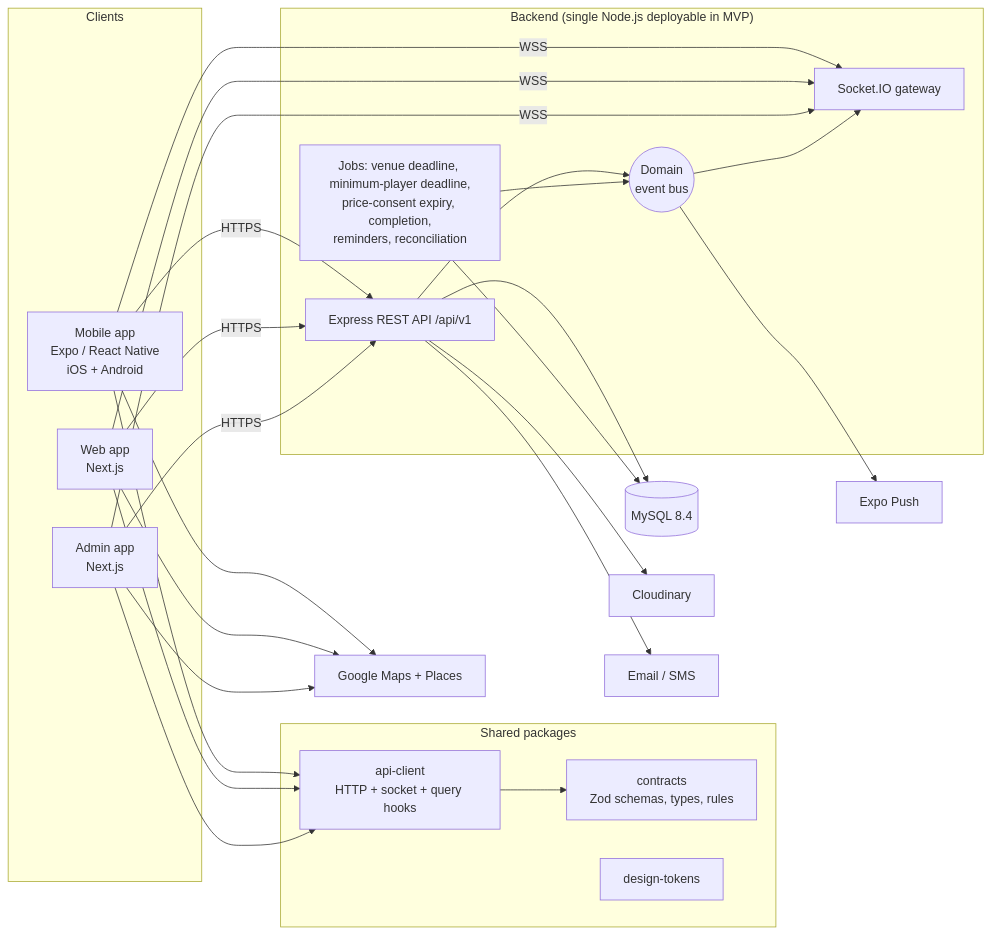
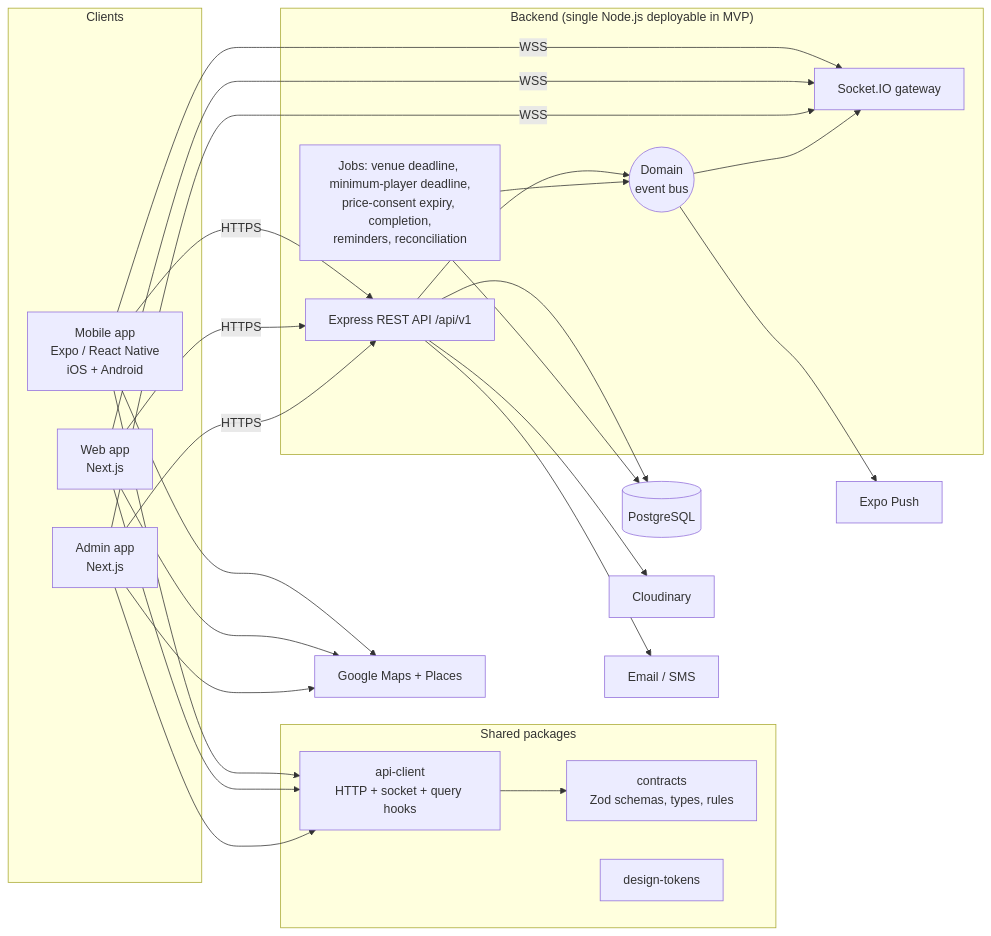
The diagram in docs/architecture/architecture-and-tech-stack.md (anirudh-tech/Play_Around), drawn with Mermaid before and after one commit. The commit also changed other lines of this file and 25 other files, not shown here.

Commit message:
Refactor database integration from MySQL to PostgreSQL. Update dependencies, configuration, and environment variables accordingly. Adjust Prisma schema and migrations to support PostgreSQL features, including data types and enums. Modify CI workflow and README to reflect the new database setup.

````diff
--- a/docs/architecture/architecture-and-tech-stack.md
+++ b/docs/architecture/architecture-and-tech-stack.md
@@ -27,32 +27,32 @@
 ```mermaid
 flowchart LR
   subgraph Clients
     M["Mobile app<br/>Expo / React Native<br/>iOS + Android"]
     W["Web app<br/>Next.js"]
     A["Admin app<br/>Next.js"]
   end
 
   subgraph Shared packages
     C["contracts<br/>Zod schemas, types, rules"]
     AC["api-client<br/>HTTP + socket + query hooks"]
     DT["design-tokens"]
   end
 
   M & W & A --> AC --> C
 
   subgraph Backend ["Backend (single Node.js deployable in MVP)"]
     API["Express REST API /api/v1"]
     RT["Socket.IO gateway"]
     JOBS["Jobs: venue deadline, minimum-player deadline,<br/>price-consent expiry, completion,<br/>reminders, reconciliation"]
     BUS(("Domain<br/>event bus"))
   end
 
   M & W & A -- HTTPS --> API
   M & W & A -- WSS --> RT
   API & JOBS --> BUS --> RT
   BUS --> PUSH["Expo Push"]
-  API & JOBS --> DB[("MySQL 8.4")]
+  API & JOBS --> DB[("PostgreSQL")]
   API --> IMG["Cloudinary"]
   API --> MAIL["Email / SMS"]
   M & W & A --> GM["Google Maps + Places"]
 ```
````
